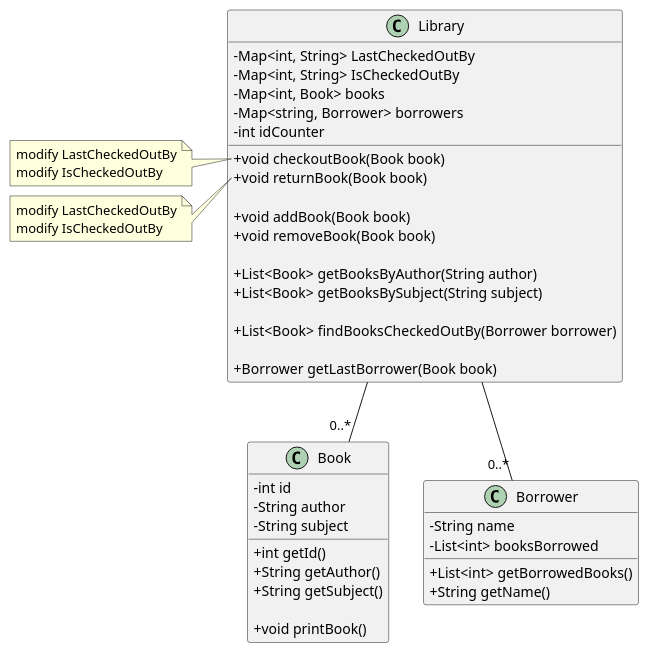
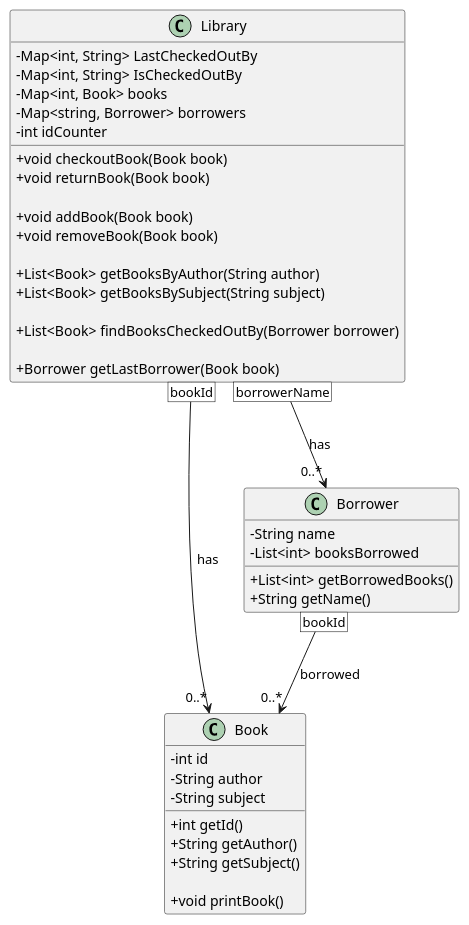
One commit to MarkLai0317/Software-Engineering-Midterm changed the diagram in uml/uml-1.puml. Above: the diagram before and after it, drawn with PlantUML. The commit also changed 3 other files, not shown here.

Commit message:
uml update

```diff
--- a/uml/uml-1.puml
+++ b/uml/uml-1.puml
@@ -1,62 +1,57 @@
 @startuml
 skinparam classAttributeIconSize 0
 
 class Book{
     -int id
     -String author
     -String subject
 
     +int getId()
     +String getAuthor()
     +String getSubject()
 
     +void printBook()
 }
 
 class Borrower{
     -String name
     -List<int> booksBorrowed
     +List<int> getBorrowedBooks()
     +String getName()
 
 }
 
 class Library{
 
     'store last borrower of a book'
     -Map<int, String> LastCheckedOutBy 
     -Map<int, String> IsCheckedOutBy
     -Map<int, Book> books
     -Map<string, Borrower> borrowers
     -int idCounter
 
     
 
     +void checkoutBook(Book book)
     +void returnBook(Book book)
 
     +void addBook(Book book)
     +void removeBook(Book book)
 
     +List<Book> getBooksByAuthor(String author)
     +List<Book> getBooksBySubject(String subject)
 
     +List<Book> findBooksCheckedOutBy(Borrower borrower)
 
     +Borrower getLastBorrower(Book book)
 
 }
 
-Library -- "0..*" Book
-Library -- "0..*" Borrower
+Library [bookId] --> "0..*" Book : has
+Library [borrowerName] --> "0..*" Borrower : has
 
-note left of  Library::checkoutBook
-    modify LastCheckedOutBy
-    modify IsCheckedOutBy
-end note
+Borrower [bookId] --> "0..*" Book : borrowed
 
-note left of  Library::returnBook
-    modify LastCheckedOutBy
-    modify IsCheckedOutBy
-end note
+
+
 @enduml
```
